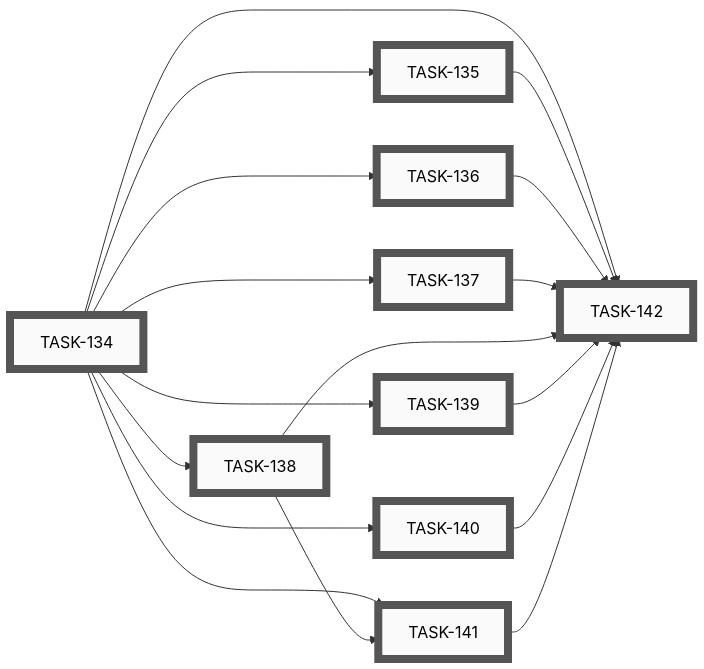
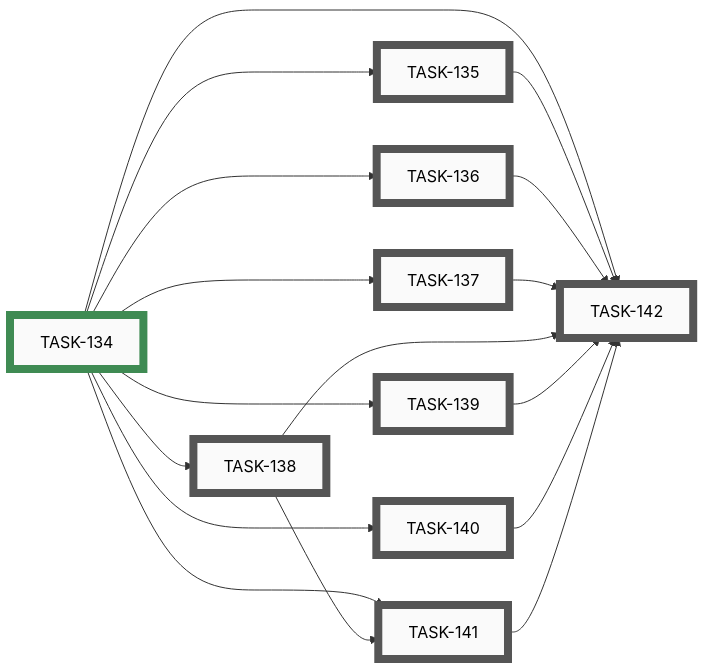
One commit to tgd1975/CircuitSmith changed diagram 15 of 16 in docs/developers/tasks/EPICS.md. Above: the diagram before and after it, drawn with Mermaid. The commit also changed other lines of this file and 5 other files, not shown here.

First line of the commit message:
close TASK-134: walk IDEA-001 phase plan + scaffold dossier-gap-analysis working doc

````diff
--- a/docs/developers/tasks/EPICS.md
+++ b/docs/developers/tasks/EPICS.md
@@ -968,45 +968,45 @@
 ```mermaid
 graph LR
-    TASK_134["TASK-134"]:::open
     TASK_135["TASK-135"]:::open
     TASK_136["TASK-136"]:::open
     TASK_137["TASK-137"]:::open
     TASK_138["TASK-138"]:::open
     TASK_139["TASK-139"]:::open
     TASK_140["TASK-140"]:::open
     TASK_141["TASK-141"]:::open
     TASK_142["TASK-142"]:::open
+    TASK_134["TASK-134"]:::closed
     TASK_134 --> TASK_135
     TASK_134 --> TASK_136
     TASK_134 --> TASK_137
     TASK_134 --> TASK_138
     TASK_134 --> TASK_139
     TASK_134 --> TASK_140
     TASK_134 --> TASK_141
     TASK_138 --> TASK_141
     TASK_134 --> TASK_142
     TASK_135 --> TASK_142
     TASK_136 --> TASK_142
     TASK_137 --> TASK_142
     TASK_138 --> TASK_142
     TASK_139 --> TASK_142
     TASK_140 --> TASK_142
     TASK_141 --> TASK_142
-    click TASK_134 "open/task-134-dossier-phase-plan-walk.md"
     click TASK_135 "open/task-135-dossier-components-walk.md"
     click TASK_136 "open/task-136-dossier-yaml-format-walk.md"
     click TASK_137 "open/task-137-dossier-layout-engine-walk.md"
     click TASK_138 "open/task-138-dossier-erc-engine-walk.md"
     click TASK_139 "open/task-139-dossier-exporters-walk.md"
     click TASK_140 "open/task-140-dossier-rule-catalog-walk.md"
     click TASK_141 "open/task-141-dossier-skill-packaging-walk.md"
     click TASK_142 "open/task-142-dossier-cross-repo-cleanup-and-close-out.md"
+    click TASK_134 "closed/task-134-dossier-phase-plan-walk.md"
     classDef open    fill:#FAFAFA,stroke:#555,stroke-width:8px,color:#000
     classDef active  fill:#FAFAFA,stroke:#1A6FA8,stroke-width:8px,color:#000
     classDef closed  fill:#FAFAFA,stroke:#3F8B53,stroke-width:8px,color:#000
     classDef paused  fill:#FAFAFA,stroke:#B07810,stroke-width:8px,color:#000
     classDef openExt    fill:#000,stroke:#888,stroke-width:8px,color:#FFF
     classDef activeExt  fill:#000,stroke:#3FA9F5,stroke-width:8px,color:#FFF
     classDef closedExt  fill:#000,stroke:#7CC68A,stroke-width:8px,color:#FFF
     classDef pausedExt  fill:#000,stroke:#F0B030,stroke-width:8px,color:#FFF
 ```
````
